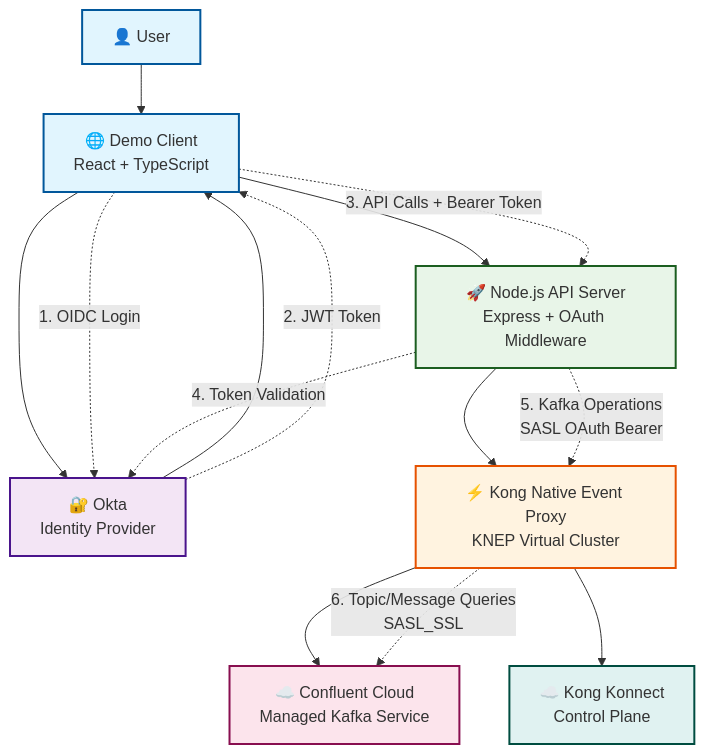
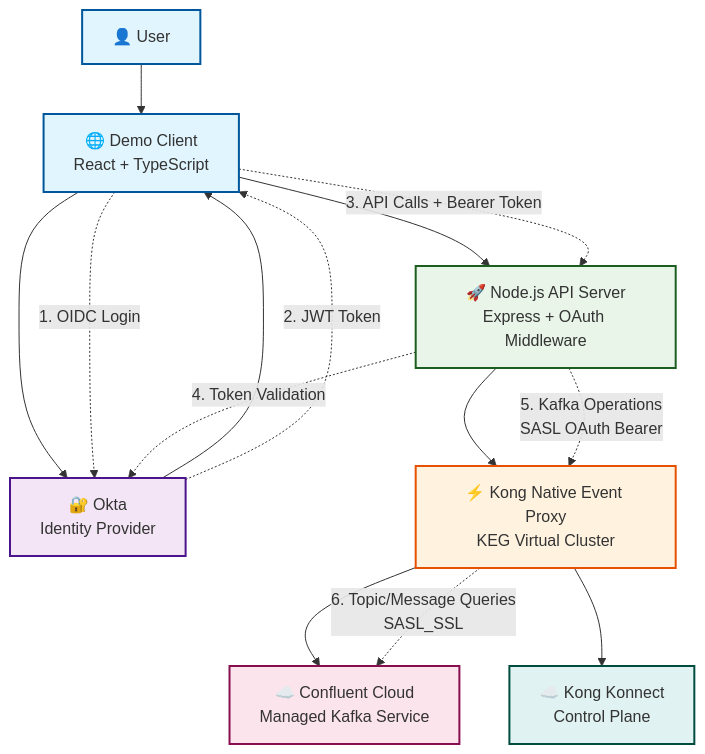
The first of 5 diagrams in README.md (hguerrero/kong-event-gw-okta-demo), drawn with Mermaid before and after one commit. The commit also changed other lines of this file and 8 other files, not shown here.

Commit message:
Refactor references from KNEP to KEG across documentation and configuration files

````diff
--- a/README.md
+++ b/README.md
@@ -18,44 +18,44 @@
 ```mermaid
 graph TB
     %% User and Client Layer
     User[👤 User] --> DemoClient[🌐 Demo Client<br/>React + TypeScript]
 
     %% Authentication Flow
     DemoClient --> Okta[🔐 Okta<br/>Identity Provider]
     Okta --> DemoClient
 
     %% API Gateway Layer
     DemoClient --> APIServer[🚀 Node.js API Server<br/>Express + OAuth Middleware]
 
     %% Kong Native Event Proxy Layer
-    APIServer --> KNEP[⚡ Kong Native Event Proxy<br/>KNEP Virtual Cluster]
+    APIServer --> KEG[⚡ Kong Native Event Proxy<br/>KEG Virtual Cluster]
 
     %% Confluent Cloud
-    KNEP --> ConfluentCloud[☁️ Confluent Cloud<br/>Managed Kafka Service]
+    KEG --> ConfluentCloud[☁️ Confluent Cloud<br/>Managed Kafka Service]
 
     %% Kong Konnect Management
-    KNEP --> KongKonnect[☁️ Kong Konnect<br/>Control Plane]
+    KEG --> KongKonnect[☁️ Kong Konnect<br/>Control Plane]
 
     %% Data Flow Annotations
     DemoClient -.->|"1. OIDC Login"| Okta
     Okta -.->|"2. JWT Token"| DemoClient
     DemoClient -.->|"3. API Calls + Bearer Token"| APIServer
     APIServer -.->|"4. Token Validation"| Okta
-    APIServer -.->|"5. Kafka Operations<br/>SASL OAuth Bearer"| KNEP
-    KNEP -.->|"6. Topic/Message Queries<br/>SASL_SSL"| ConfluentCloud
+    APIServer -.->|"5. Kafka Operations<br/>SASL OAuth Bearer"| KEG
+    KEG -.->|"6. Topic/Message Queries<br/>SASL_SSL"| ConfluentCloud
 
     %% Styling
     classDef userLayer fill:#e1f5fe,stroke:#01579b,stroke-width:2px
     classDef authLayer fill:#f3e5f5,stroke:#4a148c,stroke-width:2px
     classDef appLayer fill:#e8f5e8,stroke:#1b5e20,stroke-width:2px
     classDef proxyLayer fill:#fff3e0,stroke:#e65100,stroke-width:2px
     classDef cloudLayer fill:#fce4ec,stroke:#880e4f,stroke-width:2px
     classDef mgmtLayer fill:#e0f2f1,stroke:#004d40,stroke-width:2px
 
     class User,DemoClient userLayer
     class Okta authLayer
     class APIServer appLayer
-    class KNEP proxyLayer
+    class KEG proxyLayer
     class ConfluentCloud cloudLayer
     class KongKonnect mgmtLayer
 ```
````
